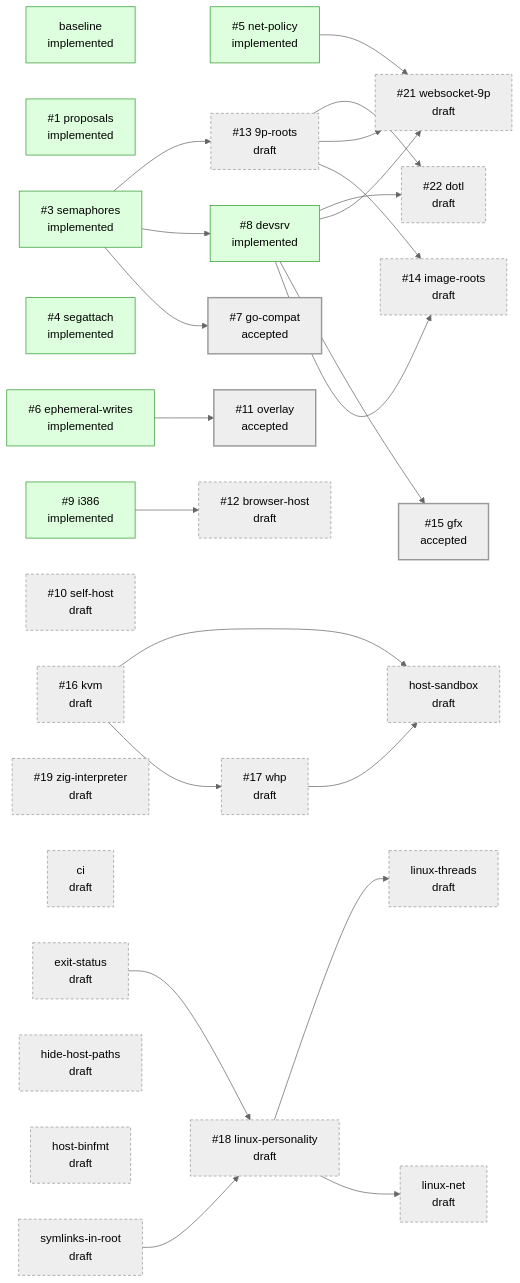
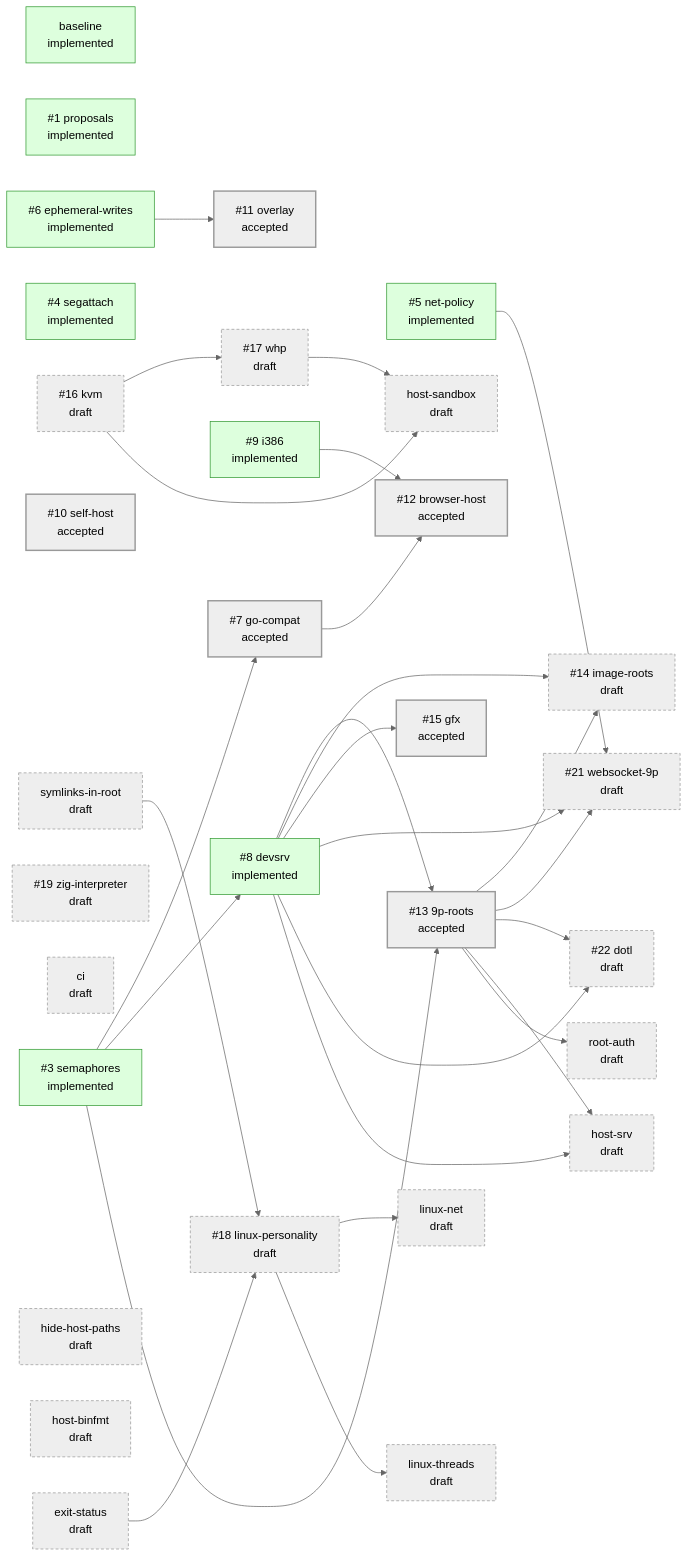
One commit to progrium/hyper9 changed the diagram in README.md. Above: the diagram before and after it, drawn with Mermaid (neutral theme). The commit also changed other lines of this file and 7 other files, not shown here.

First line of the commit message:
design: accept self-host, browser-host and 9p-roots; draft host-srv, root-auth

````diff
--- a/README.md
+++ b/README.md
@@ -46,56 +48,63 @@
 ```mermaid
 flowchart LR
   classDef draft stroke-dasharray: 4 3
   classDef accepted stroke-width: 2px
   classDef implemented fill:#dfd,stroke:#393
   classDef closed fill:#eee,stroke:#999,color:#777
   p_baseline["baseline<br/>implemented"]:::implemented
   p_proposals["#35;1 proposals<br/>implemented"]:::implemented
   p_semaphores["#35;3 semaphores<br/>implemented"]:::implemented
   p_segattach["#35;4 segattach<br/>implemented"]:::implemented
   p_net_policy["#35;5 net-policy<br/>implemented"]:::implemented
   p_ephemeral_writes["#35;6 ephemeral-writes<br/>implemented"]:::implemented
   p_go_compat["#35;7 go-compat<br/>accepted"]:::accepted
   p_devsrv["#35;8 devsrv<br/>implemented"]:::implemented
   p_i386["#35;9 i386<br/>implemented"]:::implemented
-  p_self_host["#35;10 self-host<br/>draft"]:::draft
+  p_self_host["#35;10 self-host<br/>accepted"]:::accepted
   p_overlay["#35;11 overlay<br/>accepted"]:::accepted
-  p_browser_host["#35;12 browser-host<br/>draft"]:::draft
-  p_9p_roots["#35;13 9p-roots<br/>draft"]:::draft
+  p_browser_host["#35;12 browser-host<br/>accepted"]:::accepted
+  p_9p_roots["#35;13 9p-roots<br/>accepted"]:::accepted
   p_image_roots["#35;14 image-roots<br/>draft"]:::draft
   p_gfx["#35;15 gfx<br/>accepted"]:::accepted
   p_kvm["#35;16 kvm<br/>draft"]:::draft
   p_whp["#35;17 whp<br/>draft"]:::draft
   p_linux_personality["#35;18 linux-personality<br/>draft"]:::draft
   p_zig_interpreter["#35;19 zig-interpreter<br/>draft"]:::draft
   p_websocket_9p["#35;21 websocket-9p<br/>draft"]:::draft
   p_dotl["#35;22 dotl<br/>draft"]:::draft
   p_ci["ci<br/>draft"]:::draft
   p_exit_status["exit-status<br/>draft"]:::draft
   p_hide_host_paths["hide-host-paths<br/>draft"]:::draft
   p_host_binfmt["host-binfmt<br/>draft"]:::draft
   p_host_sandbox["host-sandbox<br/>draft"]:::draft
+  p_host_srv["host-srv<br/>draft"]:::draft
   p_linux_net["linux-net<br/>draft"]:::draft
   p_linux_threads["linux-threads<br/>draft"]:::draft
+  p_root_auth["root-auth<br/>draft"]:::draft
   p_symlinks_in_root["symlinks-in-root<br/>draft"]:::draft
   p_semaphores --> p_go_compat
   p_semaphores --> p_devsrv
   p_ephemeral_writes --> p_overlay
+  p_go_compat --> p_browser_host
   p_i386 --> p_browser_host
   p_semaphores --> p_9p_roots
+  p_devsrv --> p_9p_roots
   p_devsrv --> p_image_roots
   p_9p_roots --> p_image_roots
   p_devsrv --> p_gfx
   p_kvm --> p_whp
   p_symlinks_in_root --> p_linux_personality
   p_exit_status --> p_linux_personality
   p_net_policy --> p_websocket_9p
   p_devsrv --> p_websocket_9p
   p_9p_roots --> p_websocket_9p
   p_devsrv --> p_dotl
   p_9p_roots --> p_dotl
   p_kvm --> p_host_sandbox
   p_whp --> p_host_sandbox
+  p_devsrv --> p_host_srv
+  p_9p_roots --> p_host_srv
   p_linux_personality --> p_linux_net
   p_linux_personality --> p_linux_threads
+  p_9p_roots --> p_root_auth
 ```
````
